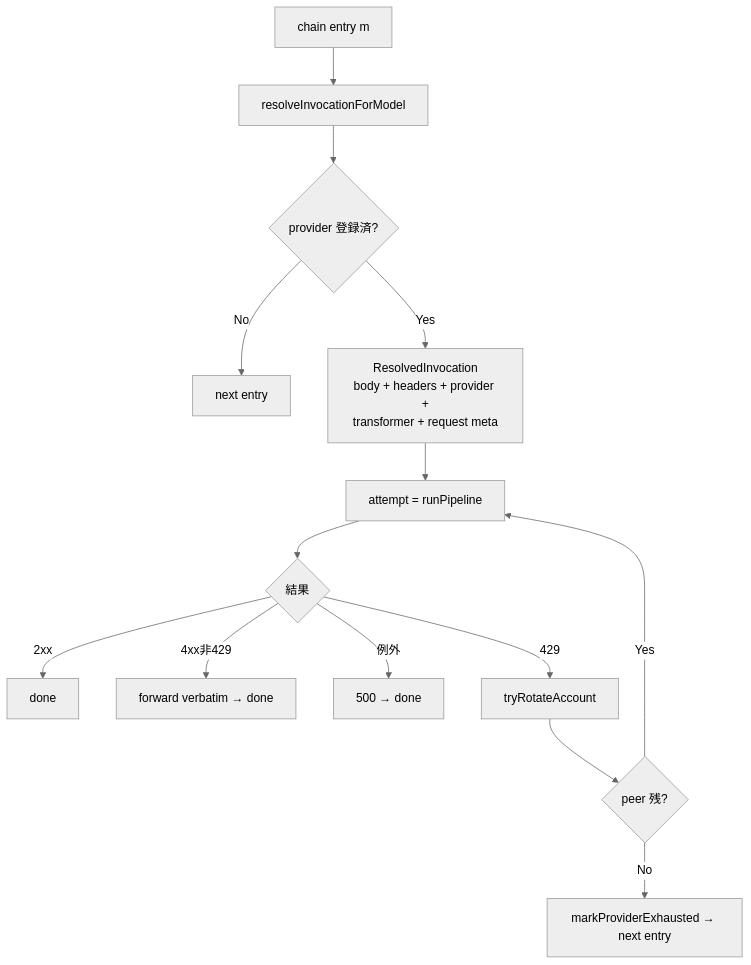
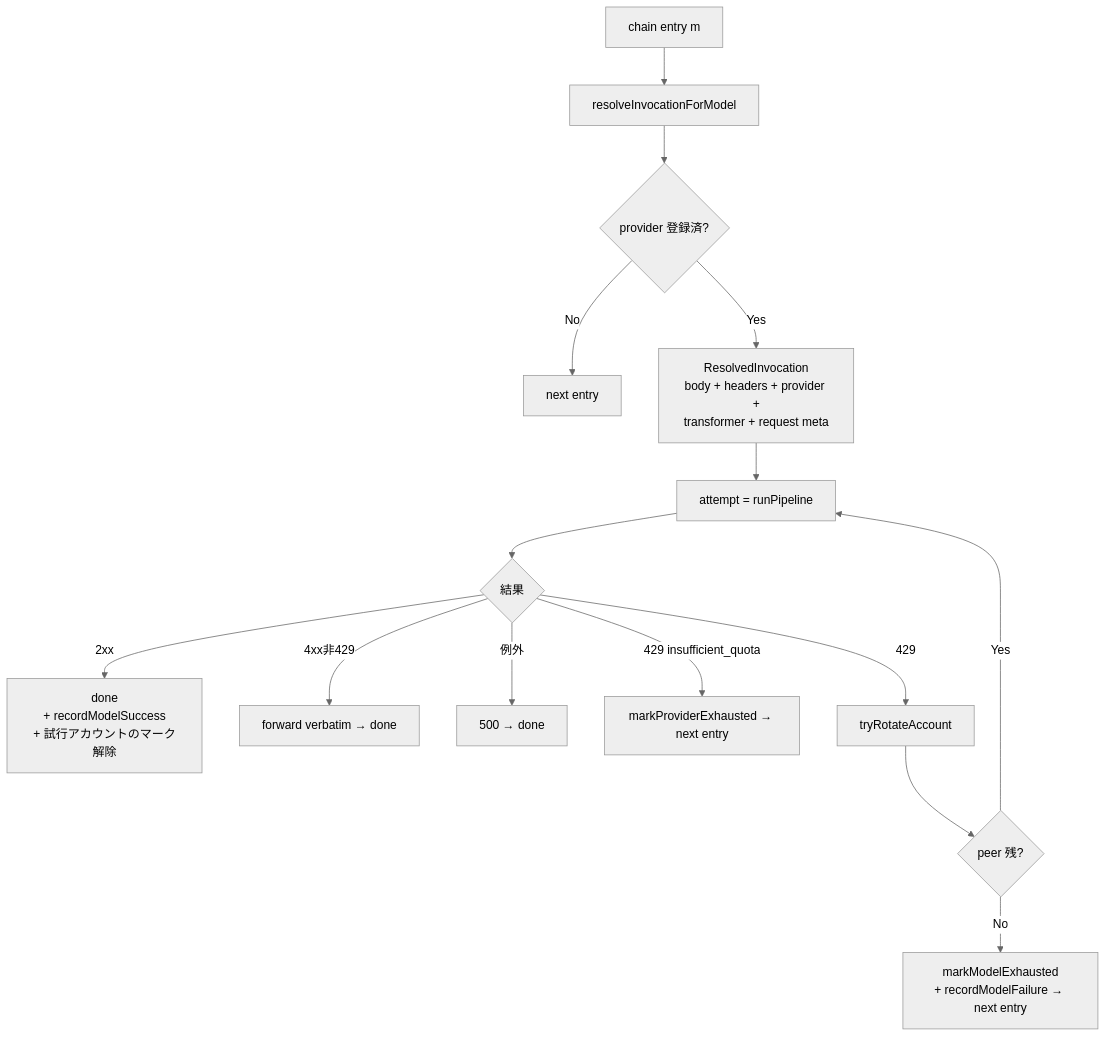
One commit to tkgstrator/rialto changed diagram 11 of 12 in docs/architecture/pipeline-overview.md. Above: the diagram before and after it, drawn with Mermaid (neutral theme). The commit also changed other lines of this file and 21 other files, not shown here.

````diff
--- a/docs/architecture/pipeline-overview.md
+++ b/docs/architecture/pipeline-overview.md
@@ -660,16 +682,17 @@
 ```mermaid
 flowchart TD
   E[chain entry m] --> RI[resolveInvocationForModel]
   RI --> RI1{provider 登録済?}
   RI1 -- No --> NX[next entry]
   RI1 -- Yes --> NV[ResolvedInvocation<br/>body + headers + provider +<br/>transformer + request meta]
   NV --> ATT[attempt = runPipeline]
   ATT --> R{結果}
-  R -- 2xx --> DONE[done]
+  R -- 2xx --> DONE[done<br/>+ recordModelSuccess<br/>+ 試行アカウントのマーク解除]
   R -- 4xx非429 --> FWD[forward verbatim → done]
   R -- 例外 --> ERR[500 → done]
+  R -- 429 insufficient_quota --> MKP[markProviderExhausted → next entry]
   R -- 429 --> RO[tryRotateAccount]
   RO --> RO1{peer 残?}
   RO1 -- Yes --> ATT
-  RO1 -- No --> MK[markProviderExhausted → next entry]
+  RO1 -- No --> MK[markModelExhausted<br/>+ recordModelFailure → next entry]
 ```
````
